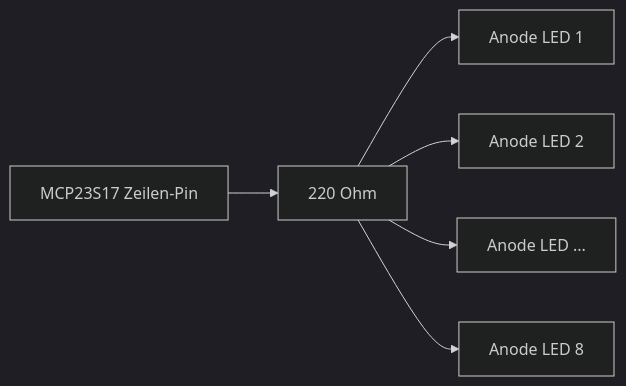
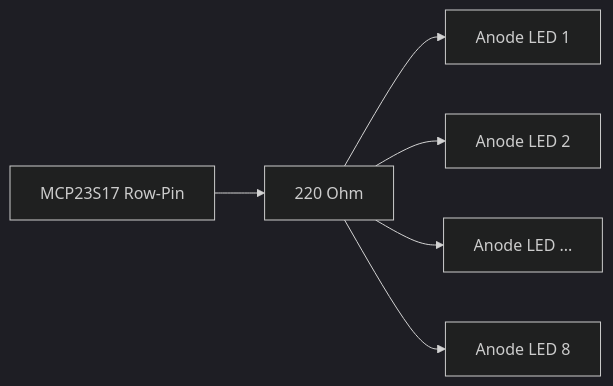
The second of 4 diagrams in CNCpanel_additional_hardware.md (NoLackOfIdeas/CNCpanel-LinuxCNC-Ethercat-ESP32-ESPnow), drawn with Mermaid (dark theme) before and after one commit. The commit also changed other lines of this file, not shown here.

````diff
--- a/CNCpanel_additional_hardware.md
+++ b/CNCpanel_additional_hardware.md
@@ -36,9 +36,9 @@
 ```mermaid
 graph LR
-A[MCP23S17 Zeilen-Pin] --> B[220 Ohm]
+A[MCP23S17 Row-Pin] --> B[220 Ohm]
 B --> C[Anode LED 1]
 B --> D[Anode LED 2]
 B --> E[Anode LED ...]
 B --> F[Anode LED 8]
 
 ```
````
